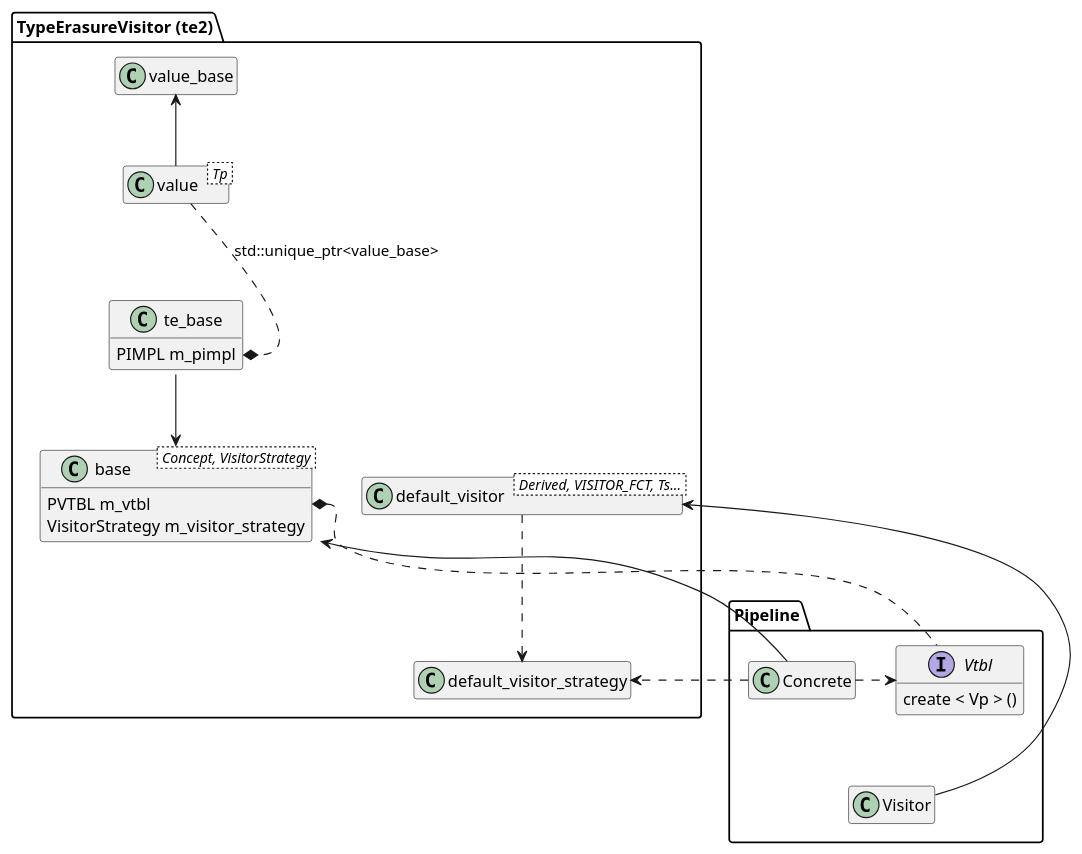
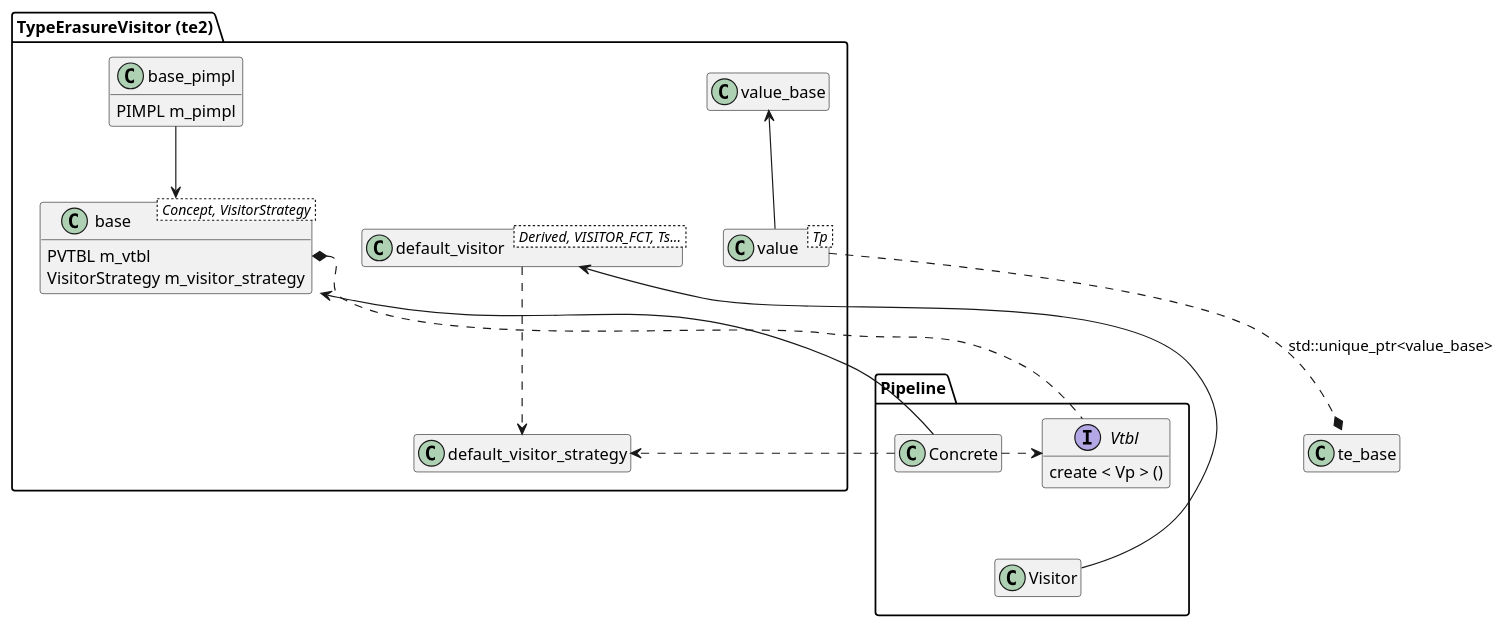
The diagram in puml/te2.puml (olivia76/cpp-te), drawn with PlantUML before and after one commit. The commit also changed 5 other files, not shown here.

```diff
--- a/puml/te2.puml
+++ b/puml/te2.puml
@@ -1,58 +1,58 @@
 @startuml
 
 hide empty attributes
 hide empty members
 
 package "TypeErasureVisitor (te2)" {
-  class te_base {
+  class base_pimpl {
     PIMPL m_pimpl
   }
 
   class base < Concept, VisitorStrategy > {
     PVTBL m_vtbl
     VisitorStrategy m_visitor_strategy
   }
 
   class value_base {}
 
   class value < Tp > {}
 
   class default_visitor_strategy {
 
   }
 
   class default_visitor < Derived, VISITOR_FCT, Ts... > {
 
   }
 
 }
 
-te_base --> base
+base_pimpl --> base
 
 value_base <-- value
 value ..* te_base::PIMPL : std::unique_ptr<value_base>
 
 base -[hidden]-> default_visitor_strategy
 default_visitor_strategy <.u. default_visitor
 
 
 package "Pipeline" {
   interface Vtbl {
     create < Vp > ()
   }
 
   class Concrete  {
   }
 
   class Visitor {
   }
 }
 
 base <- Concrete
 Concrete .> default_visitor_strategy
 Concrete .> Vtbl
 base::PVTBL *.d. Vtbl
 default_visitor <- Visitor
 Concrete -[hidden]-> Visitor
 
 @enduml
```
